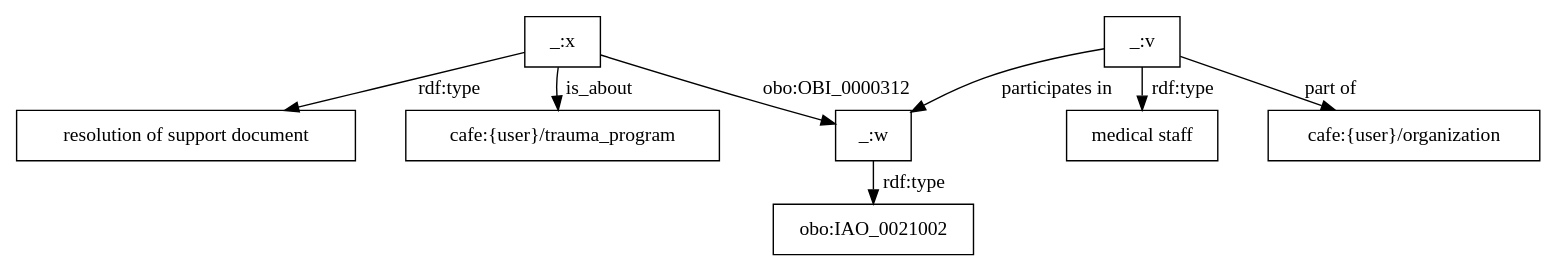
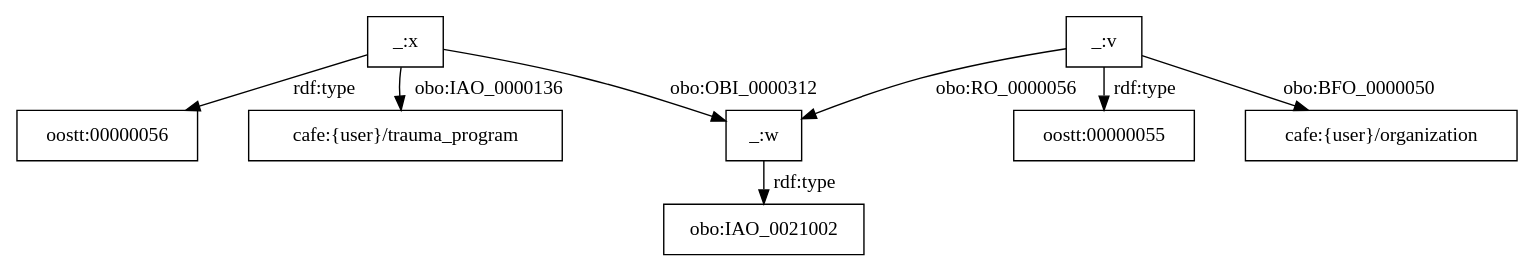
One commit to utecht/dideo-server changed the diagram in cafe/graphs/3.dot. Above: the diagram before and after it, drawn with Graphviz. The commit also changed 17 other files, not shown here.

```diff
--- a/cafe/graphs/3.dot
+++ b/cafe/graphs/3.dot
@@ -1,10 +1,10 @@
 digraph g { node [shape=rectangle];
 graph [splines=true, nodesep=.5, ranksep=0, overlap=false];
 "_:w" -> "obo:IAO_0021002" [label="rdf:type"]
 "_:x" -> "_:w" [label="obo:OBI_0000312"]
-"_:v" -> "medical staff" [label="rdf:type"]
-"_:v" -> "cafe:{user}/organization" [label="part of"]
-"_:v" -> "_:w" [label="participates in"]
-"_:x" -> "cafe:{user}/trauma_program" [label="is_about"]
-"_:x" -> "resolution of support document" [label="rdf:type"]
+"_:v" -> "oostt:00000055" [label="rdf:type"]
+"_:v" -> "cafe:{user}/organization" [label="obo:BFO_0000050"]
+"_:v" -> "_:w" [label="obo:RO_0000056"]
+"_:x" -> "cafe:{user}/trauma_program" [label="obo:IAO_0000136"]
+"_:x" -> "oostt:00000056" [label="rdf:type"]
 }
```
